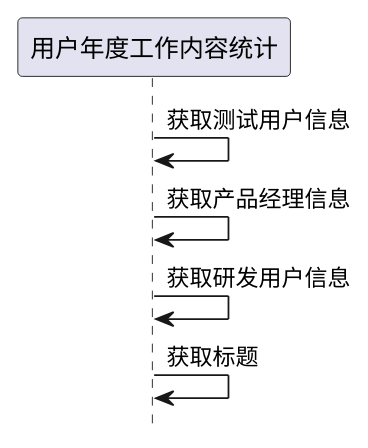
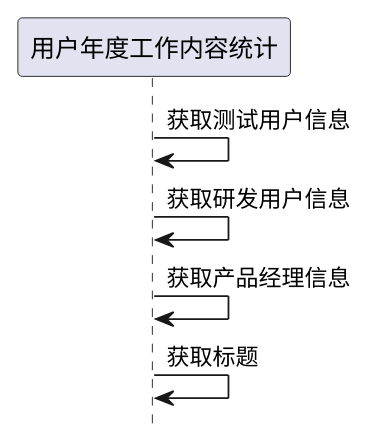
The fifth of 5 diagrams in ibizpms-docs/src/main/doc/v1/module/ibiz/UserYearWorkStats_old.md (goblinln/iBizPMS), drawn with PlantUML before and after one commit. The commit also changed other lines of this file and 563 other files, not shown here.

```diff
--- a/ibizpms-docs/src/main/doc/v1/module/ibiz/UserYearWorkStats_old.md
+++ b/ibizpms-docs/src/main/doc/v1/module/ibiz/UserYearWorkStats_old.md
@@ -227,8 +227,8 @@
 {% plantuml %}
 hide footbox
 
 用户年度工作内容统计 -> 用户年度工作内容统计: 获取测试用户信息
+用户年度工作内容统计 -> 用户年度工作内容统计: 获取研发用户信息
 用户年度工作内容统计 -> 用户年度工作内容统计: 获取产品经理信息
-用户年度工作内容统计 -> 用户年度工作内容统计: 获取研发用户信息
 用户年度工作内容统计 -> 用户年度工作内容统计: 获取标题
 {% endplantuml %}
```
